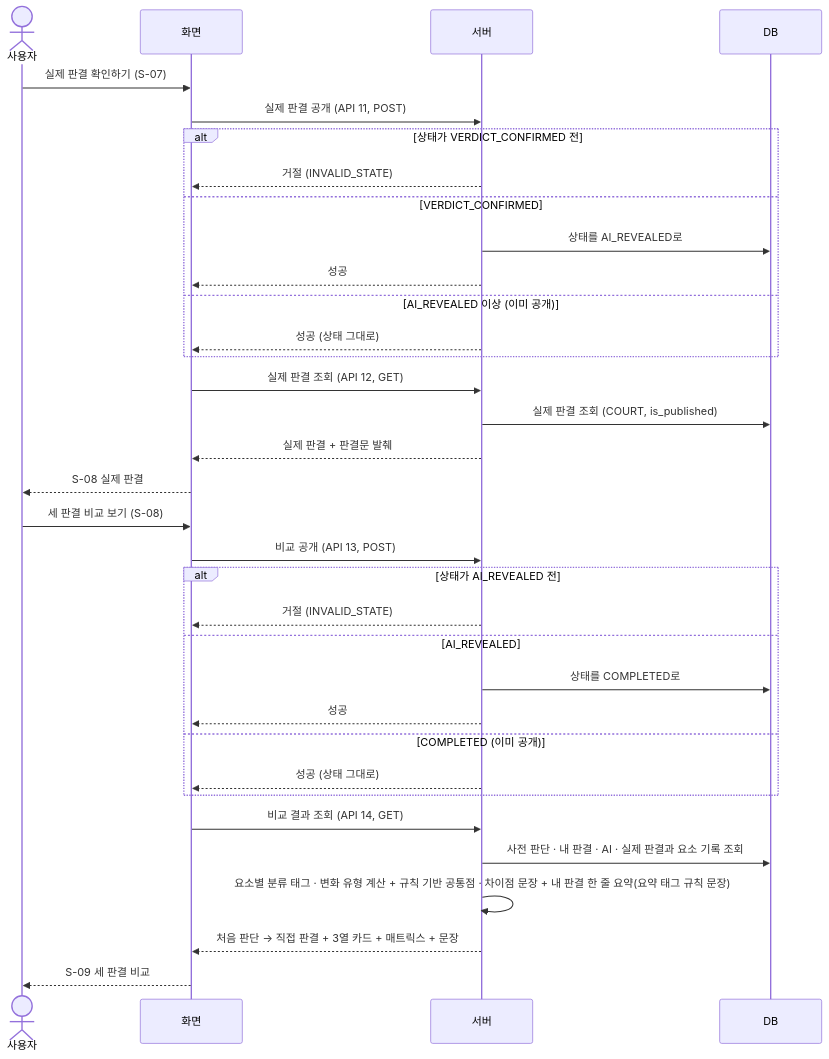
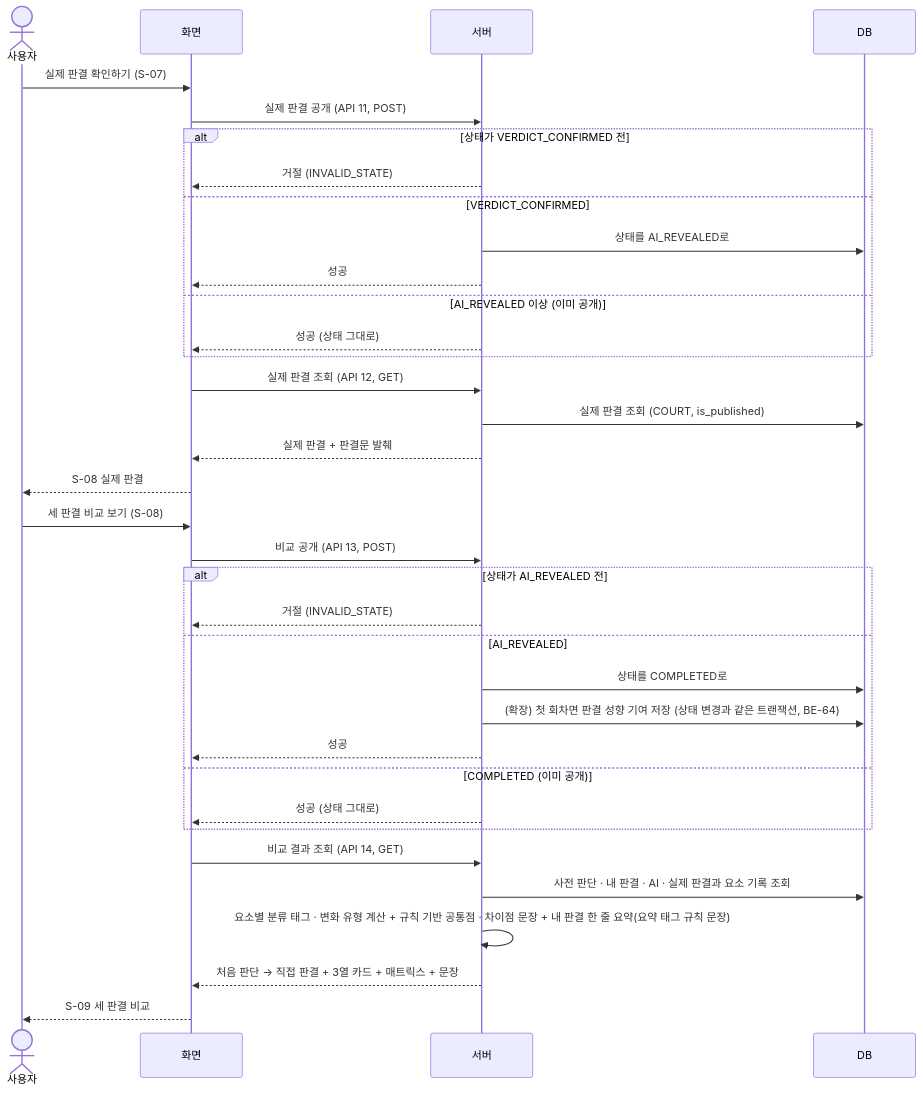
The sixth of 7 diagrams in docs/sequence-diagram.md (prgrms-aibe-devcourse/AIBE7_FinalProject_Team2), drawn with Mermaid before and after one commit. The commit also changed other lines of this file and 9 other files, not shown here.

````diff
--- a/docs/sequence-diagram.md
+++ b/docs/sequence-diagram.md
@@ -213,37 +214,38 @@
 ```mermaid
 sequenceDiagram
     actor U as 사용자
     participant F as 화면
     participant S as 서버
     participant D as DB
  
     U->>F: 실제 판결 확인하기 (S-07)
     F->>S: 실제 판결 공개 (API 11, POST)
     alt 상태가 VERDICT_CONFIRMED 전
         S-->>F: 거절 (INVALID_STATE)
     else VERDICT_CONFIRMED
         S->>D: 상태를 AI_REVEALED로
         S-->>F: 성공
     else AI_REVEALED 이상 (이미 공개)
         S-->>F: 성공 (상태 그대로)
     end
     F->>S: 실제 판결 조회 (API 12, GET)
     S->>D: 실제 판결 조회 (COURT, is_published)
     S-->>F: 실제 판결 + 판결문 발췌
     F-->>U: S-08 실제 판결
     U->>F: 세 판결 비교 보기 (S-08)
     F->>S: 비교 공개 (API 13, POST)
     alt 상태가 AI_REVEALED 전
         S-->>F: 거절 (INVALID_STATE)
     else AI_REVEALED
         S->>D: 상태를 COMPLETED로
+        S->>D: (확장) 첫 회차면 판결 성향 기여 저장 (상태 변경과 같은 트랜잭션, BE-64)
         S-->>F: 성공
     else COMPLETED (이미 공개)
         S-->>F: 성공 (상태 그대로)
     end
     F->>S: 비교 결과 조회 (API 14, GET)
     S->>D: 사전 판단 · 내 판결 · AI · 실제 판결과 요소 기록 조회
     S->>S: 요소별 분류 태그 · 변화 유형 계산 + 규칙 기반 공통점 · 차이점 문장 + 내 판결 한 줄 요약(요약 태그 규칙 문장)
     S-->>F: 처음 판단 → 직접 판결 + 3열 카드 + 매트릭스 + 문장
     F-->>U: S-09 세 판결 비교
 ```
````
